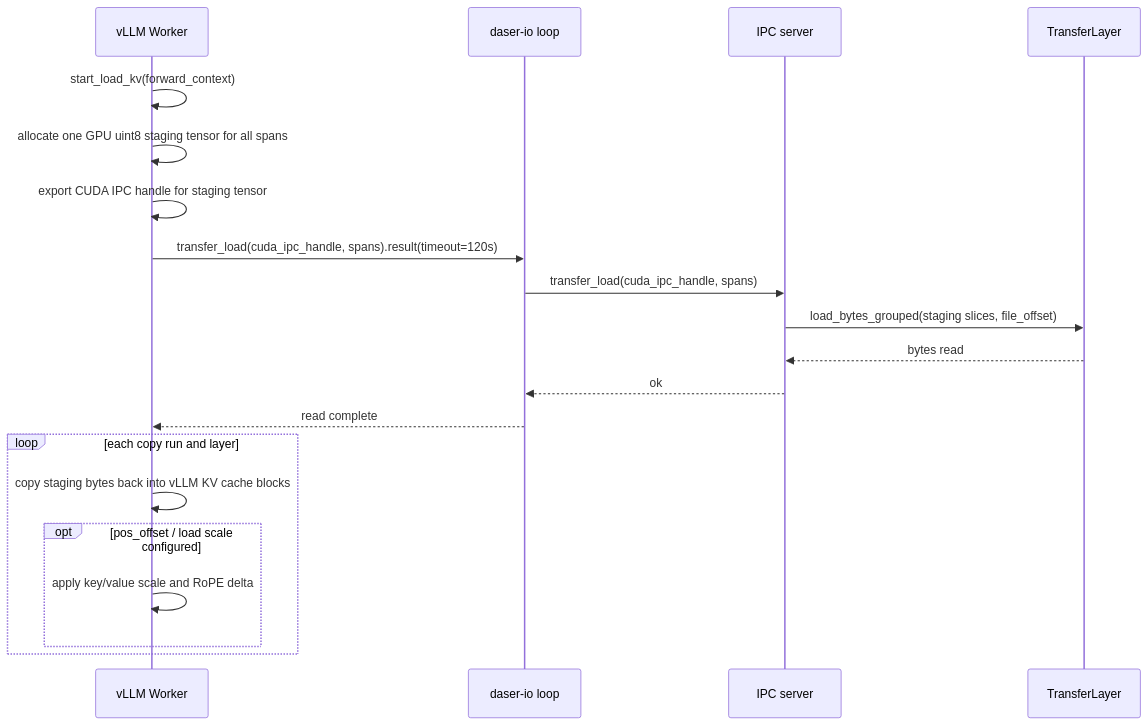
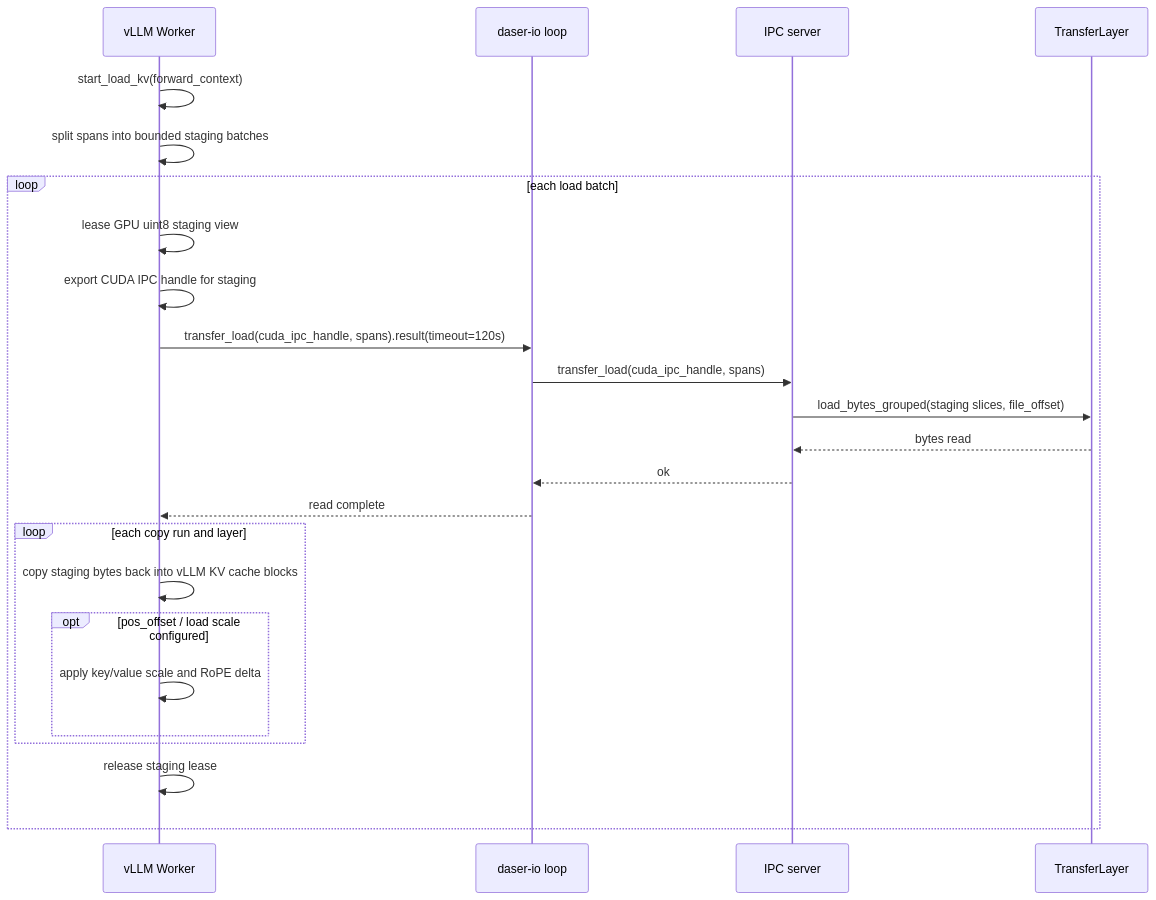
The seventh of 8 diagrams in docs/design/flows.md (GentleCold/DaseR), drawn with Mermaid before and after one commit. The commit also changed other lines of this file and 4 other files, not shown here.

````diff
--- a/docs/design/flows.md
+++ b/docs/design/flows.md
@@ -181,23 +181,27 @@
 ```mermaid
 sequenceDiagram
     participant W as vLLM Worker
     participant BG as daser-io loop
     participant IPC as IPC server
     participant TL as TransferLayer
 
     W->>W: start_load_kv(forward_context)
-    W->>W: allocate one GPU uint8 staging tensor for all spans
-    W->>W: export CUDA IPC handle for staging tensor
-    W->>BG: transfer_load(cuda_ipc_handle, spans).result(timeout=120s)
-    BG->>IPC: transfer_load(cuda_ipc_handle, spans)
-    IPC->>TL: load_bytes_grouped(staging slices, file_offset)
-    TL-->>IPC: bytes read
-    IPC-->>BG: ok
-    BG-->>W: read complete
-    loop each copy run and layer
-        W->>W: copy staging bytes back into vLLM KV cache blocks
-        opt pos_offset / load scale configured
-            W->>W: apply key/value scale and RoPE delta
+    W->>W: split spans into bounded staging batches
+    loop each load batch
+        W->>W: lease GPU uint8 staging view
+        W->>W: export CUDA IPC handle for staging
+        W->>BG: transfer_load(cuda_ipc_handle, spans).result(timeout=120s)
+        BG->>IPC: transfer_load(cuda_ipc_handle, spans)
+        IPC->>TL: load_bytes_grouped(staging slices, file_offset)
+        TL-->>IPC: bytes read
+        IPC-->>BG: ok
+        BG-->>W: read complete
+        loop each copy run and layer
+            W->>W: copy staging bytes back into vLLM KV cache blocks
+            opt pos_offset / load scale configured
+                W->>W: apply key/value scale and RoPE delta
+            end
         end
+        W->>W: release staging lease
     end
 ```
````
